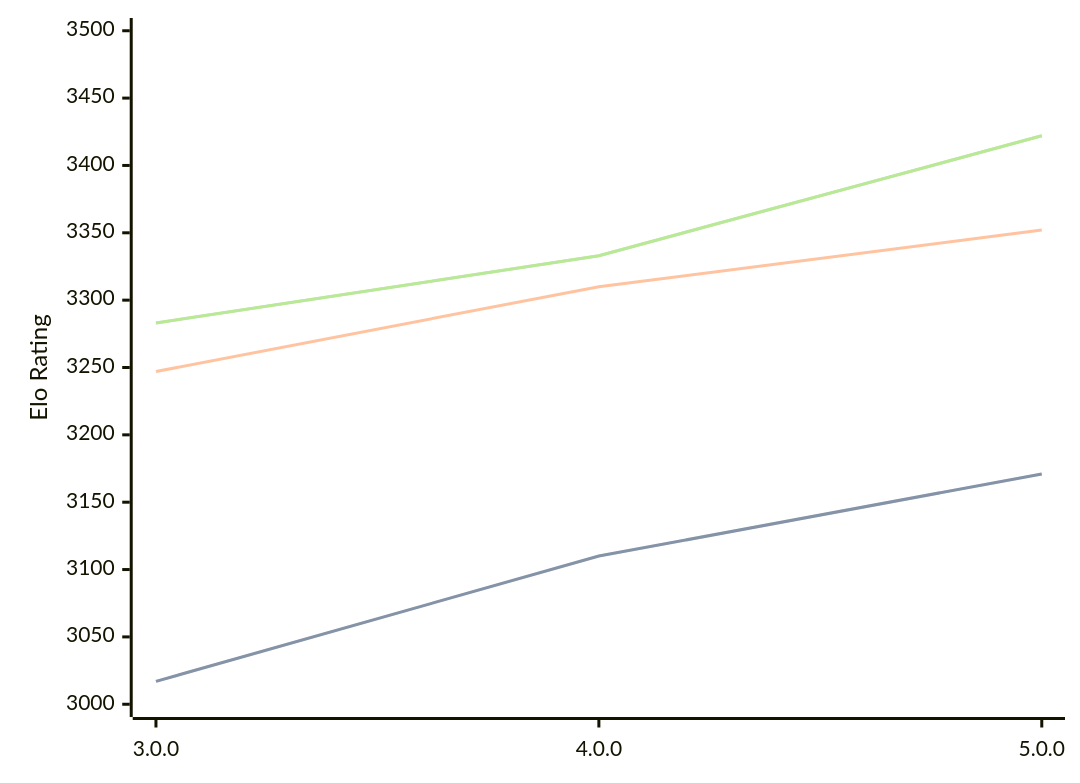
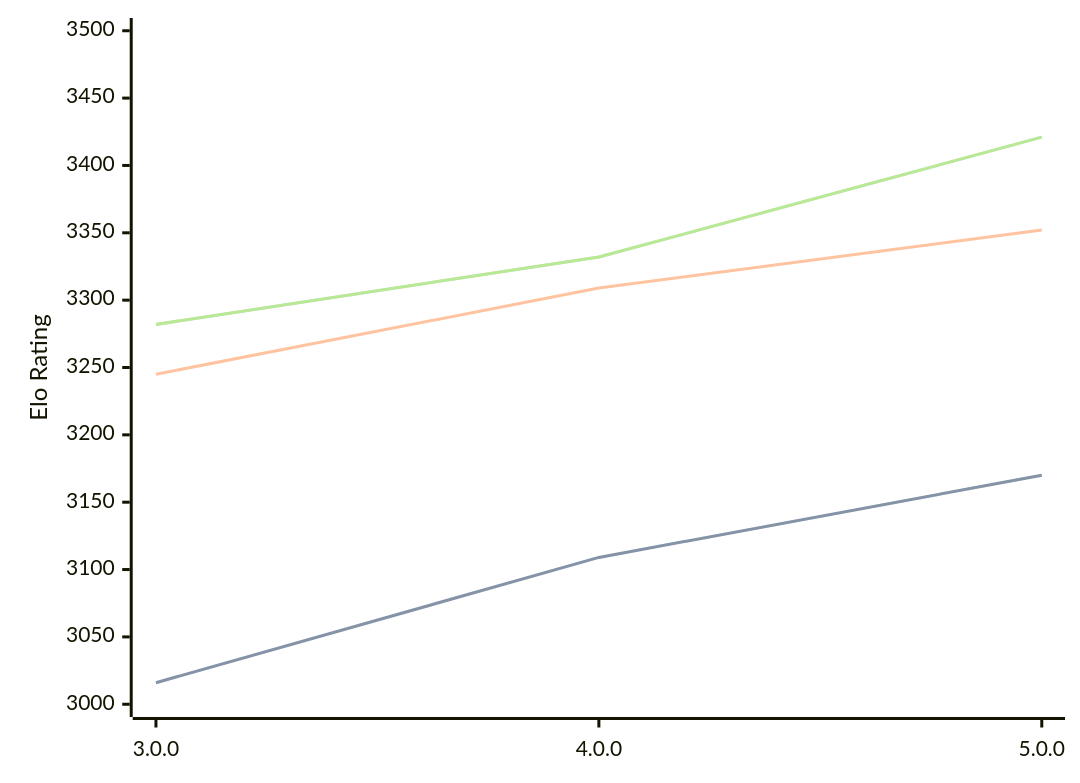
One commit to computer-chess-index/cci changed the diagram in engines/Minke.md. Above: the diagram before and after it, drawn with Mermaid. The commit also changed other lines of this file, not shown here.

Commit message:
Update CCI Ratings (ELO VLTC) - 2026-04-26

````diff
--- a/engines/Minke.md
+++ b/engines/Minke.md
@@ -35,11 +36,11 @@
 ```mermaid
 %%{init: {"theme":"base","themeVariables":{"seriesColors:['#a3a3a3','#222221','#faa371']}}}%%
 xychart-beta
   x-axis ["3.0.0", "4.0.0", "5.0.0"]
   y-axis "Elo Rating" 3000 --> 3500
-  line "STC (8.0+0.08s)" [3017, 3110, 3171]
-  line "STC (8.0+0.08s)" [3017, 3110, 3171]
-  line "LTC (60.0+0.60s)" [3247, 3310, 3352]
-  line "VLTC (2m24s+1.12s)" [3283, 3333, 3422]
-  line "VLTC (2m24s+1.12s)" [3283, 3333, 3422]
+  line "STC (8.0+0.08s)" [3016, 3109, 3170]
+  line "STC (8.0+0.08s)" [3016, 3109, 3170]
+  line "LTC (60.0+0.60s)" [3245, 3309, 3352]
+  line "VLTC (2m24s+1.12s)" [3282, 3332, 3421]
+  line "VLTC (2m24s+1.12s)" [3282, 3332, 3421]
 ```
````
